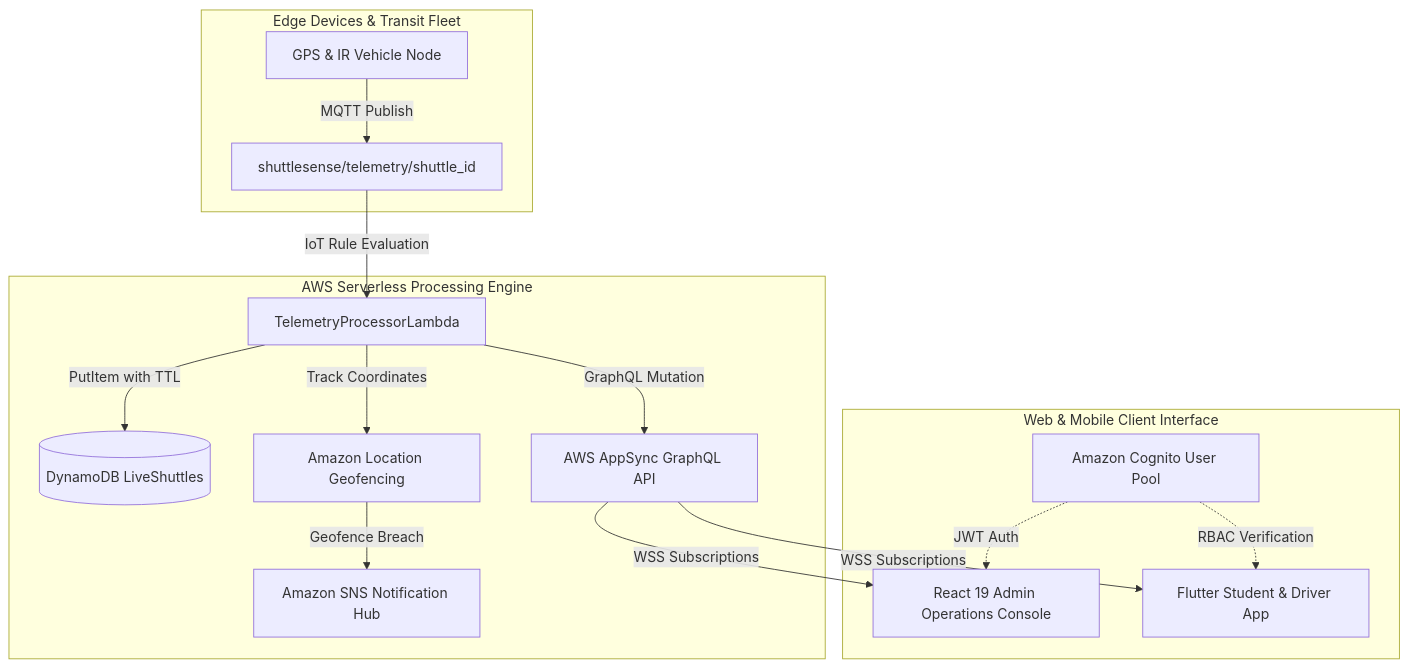
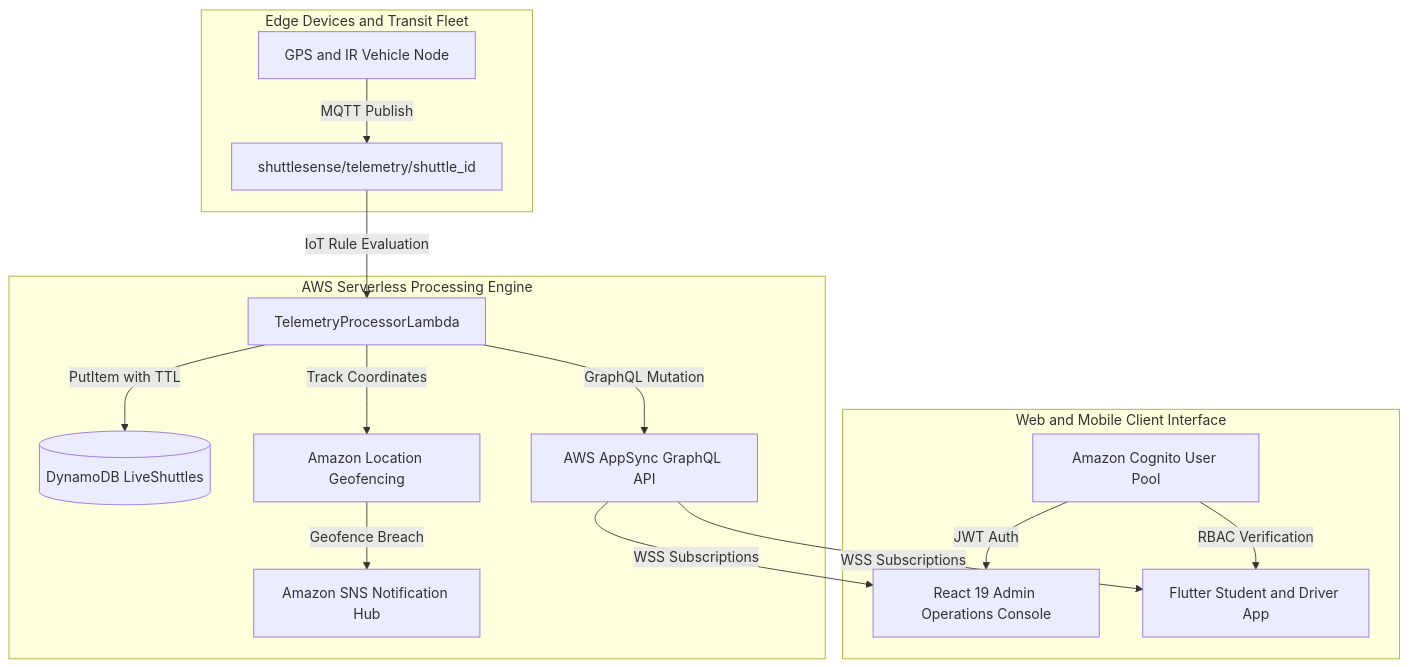
The diagram in README.md (prnjl-rj/ShuttleSense), drawn with Mermaid before and after one commit.

````diff
--- a/README.md
+++ b/README.md
@@ -82,21 +82,21 @@
 ```mermaid
-flowchart TD
-    subgraph EdgeLayer["Edge Devices & Transit Fleet"]
-        VehicleNode["GPS & IR Vehicle Node"] -->|MQTT Publish| IoTTopic["shuttlesense/telemetry/shuttle_id"]
+graph TD
+    subgraph Edge["Edge Devices and Transit Fleet"]
+        VehicleNode["GPS and IR Vehicle Node"] -->|MQTT Publish| IoTTopic["shuttlesense/telemetry/shuttle_id"]
     end
 
-    subgraph AWSCloud["AWS Serverless Processing Engine"]
+    subgraph AWS["AWS Serverless Processing Engine"]
         IoTTopic -->|IoT Rule Evaluation| LambdaProc["TelemetryProcessorLambda"]
-        LambdaProc -->|PutItem with TTL| DynamoDB[("DynamoDB LiveShuttles")]
+        LambdaProc -->|PutItem with TTL| DynamoDB[(DynamoDB LiveShuttles)]
         LambdaProc -->|GraphQL Mutation| AppSyncAPI["AWS AppSync GraphQL API"]
         LambdaProc -->|Track Coordinates| LocationSvc["Amazon Location Geofencing"]
         LocationSvc -->|Geofence Breach| SNSAlert["Amazon SNS Notification Hub"]
     end
 
-    subgraph Presentation["Web & Mobile Client Interface"]
+    subgraph Clients["Web and Mobile Client Interface"]
         AppSyncAPI -->|WSS Subscriptions| AdminDashboard["React 19 Admin Operations Console"]
-        AppSyncAPI -->|WSS Subscriptions| MobileApp["Flutter Student & Driver App"]
-        CognitoAuth["Amazon Cognito User Pool"] -.->|JWT Auth| AdminDashboard
-        CognitoAuth -.->|RBAC Verification| MobileApp
+        AppSyncAPI -->|WSS Subscriptions| MobileApp["Flutter Student and Driver App"]
+        CognitoAuth["Amazon Cognito User Pool"] -->|JWT Auth| AdminDashboard
+        CognitoAuth -->|RBAC Verification| MobileApp
     end
 ```
````
